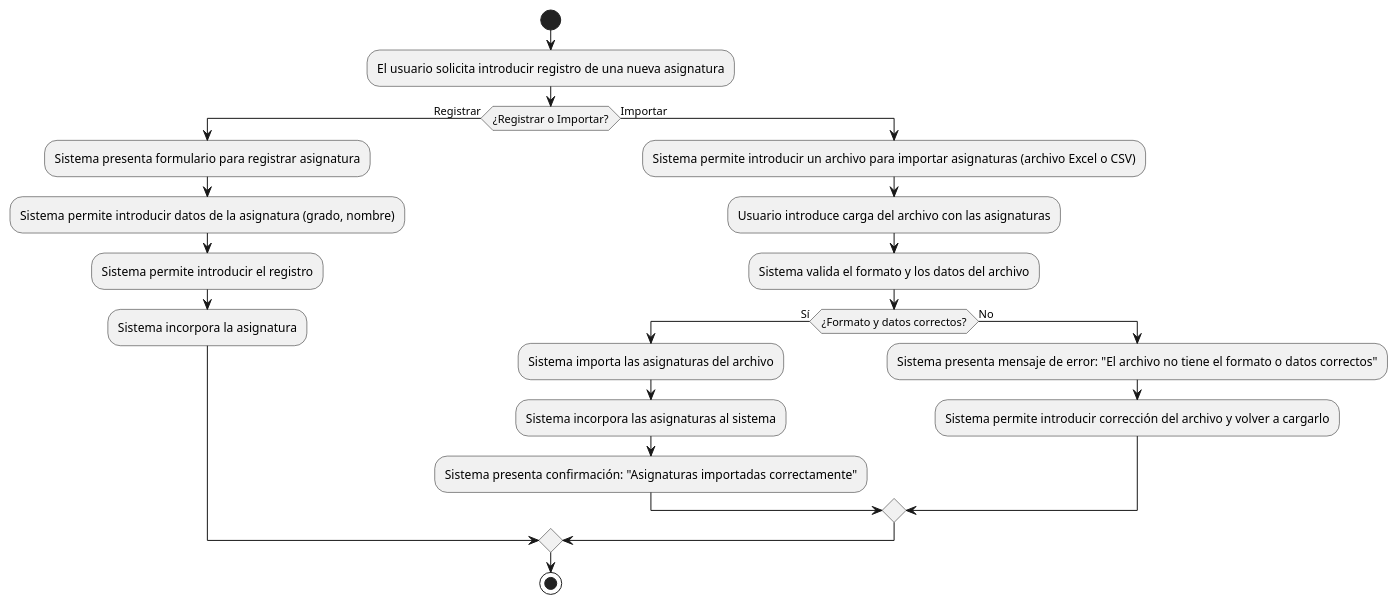
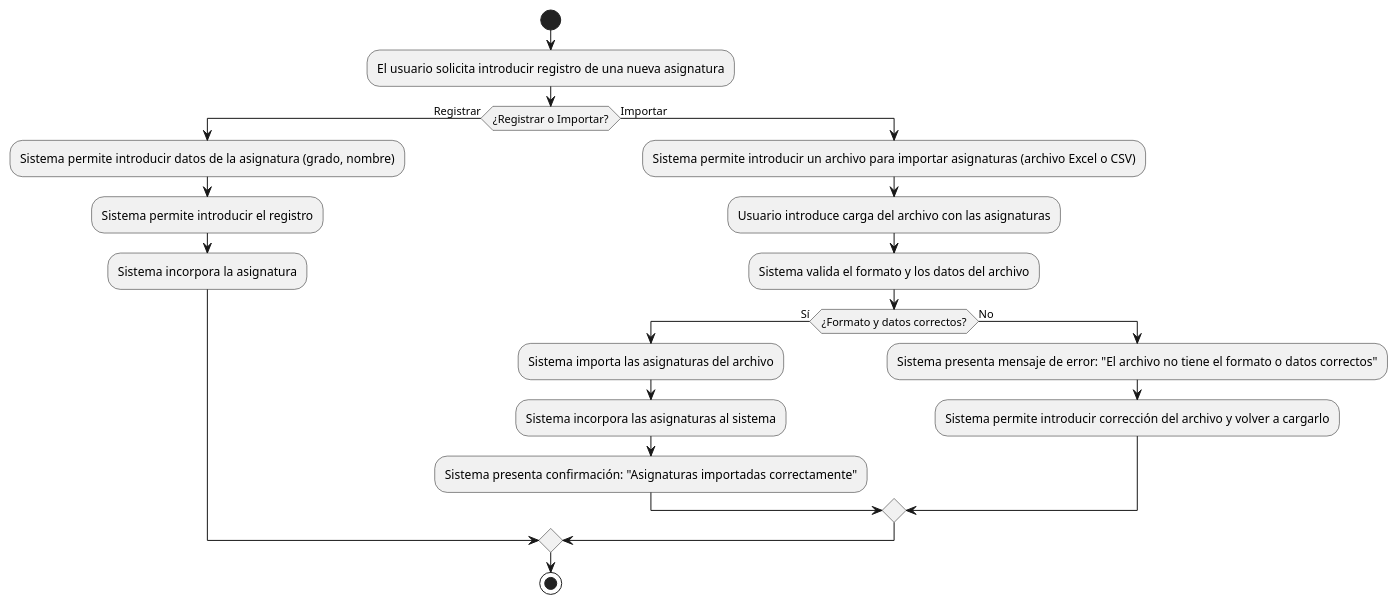
Before and after one commit to mmasias/24-25-IdSw1-SDR: the diagram in casosDeUso/plantUML/RegistrarAsignatura.puml, drawn with PlantUML. The commit also changed 2 other files, not shown here.

```diff
--- a/casosDeUso/plantUML/RegistrarAsignatura.puml
+++ b/casosDeUso/plantUML/RegistrarAsignatura.puml
@@ -1,23 +1,22 @@
 @startuml
 start
 :El usuario solicita introducir registro de una nueva asignatura;
 if (¿Registrar o Importar?) then (Registrar)
-  :Sistema presenta formulario para registrar asignatura;
   :Sistema permite introducir datos de la asignatura (grado, nombre);
   :Sistema permite introducir el registro;
   :Sistema incorpora la asignatura;
 else (Importar)
   :Sistema permite introducir un archivo para importar asignaturas (archivo Excel o CSV);
   :Usuario introduce carga del archivo con las asignaturas;
   :Sistema valida el formato y los datos del archivo;
   if (¿Formato y datos correctos?) then (Sí)
     :Sistema importa las asignaturas del archivo;
     :Sistema incorpora las asignaturas al sistema;
     :Sistema presenta confirmación: "Asignaturas importadas correctamente";
   else (No)
     :Sistema presenta mensaje de error: "El archivo no tiene el formato o datos correctos";
     :Sistema permite introducir corrección del archivo y volver a cargarlo;
   endif
 endif
 stop
 @enduml
```
